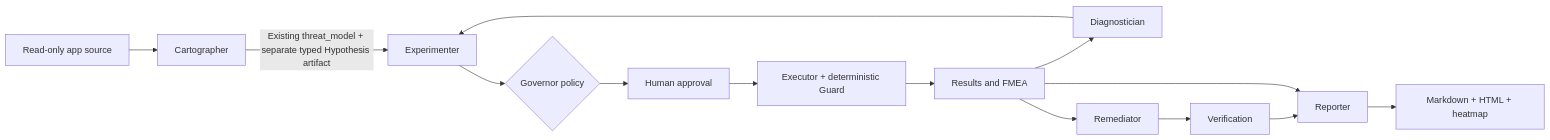
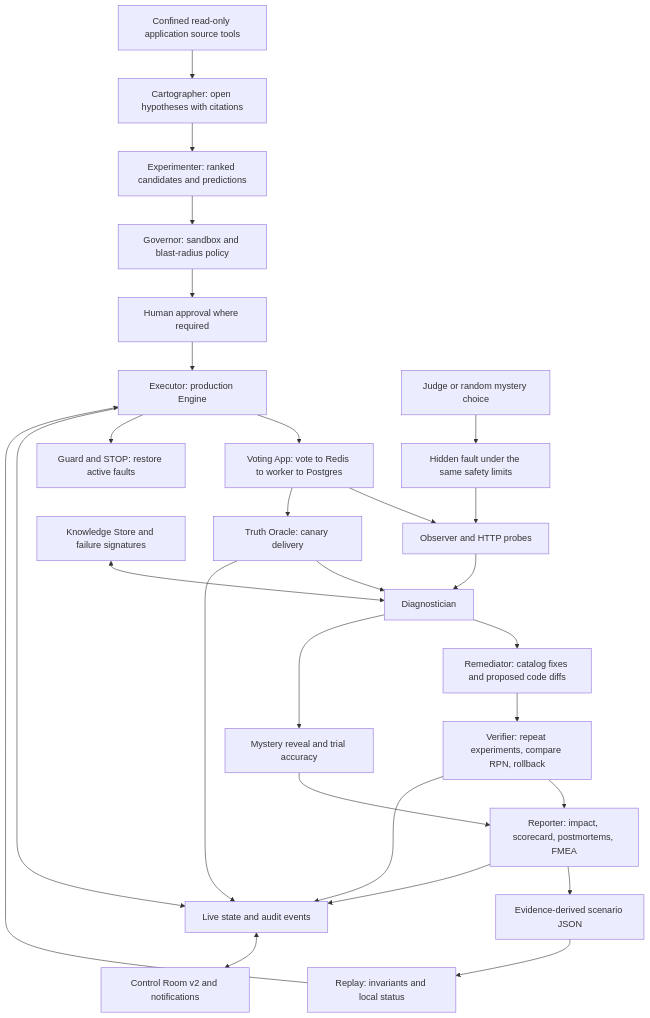
The diagram in docs/ARCHITECTURE.md (arthambansal/bosch_hack), drawn with Mermaid before and after one commit. The commit also changed other lines of this file and 20 other files, not shown here.

````diff
--- a/docs/ARCHITECTURE.md
+++ b/docs/ARCHITECTURE.md
@@ -5,16 +8,30 @@
 ```mermaid
-flowchart LR
-  SRC["Read-only app source"] --> C[Cartographer]
-  C -->|Existing threat_model + separate typed Hypothesis artifact| E[Experimenter]
-  E --> G{Governor policy}
-  G --> H[Human approval]
-  H --> X[Executor + deterministic Guard]
-  X --> R[Results and FMEA]
-  R --> D[Diagnostician]
-  D --> E
-  R --> M[Remediator]
-  M --> V[Verification]
-  V --> P[Reporter]
-  R --> P
-  P --> MD[Markdown + HTML + heatmap]
+flowchart TD
+  SRC[Confined read-only application source tools] --> C[Cartographer: open hypotheses with citations]
+  C --> E[Experimenter: ranked candidates and predictions]
+  E --> G[Governor: sandbox and blast-radius policy]
+  G --> H[Human approval where required]
+  H --> X[Executor: production Engine]
+  X --> APP[Voting App: vote to Redis to worker to Postgres]
+  X --> GUARD[Guard and STOP: restore active faults]
+  APP --> OBS[Observer and HTTP probes]
+  APP --> TRUTH[Truth Oracle: canary delivery]
+  OBS --> D[Diagnostician]
+  TRUTH --> D
+  MEM[Knowledge Store and failure signatures] <--> D
+  D --> M[Remediator: catalog fixes and proposed code diffs]
+  M --> V[Verifier: repeat experiments, compare RPN, rollback]
+  V --> R[Reporter: impact, scorecard, postmortems, FMEA]
+  R --> REG[Evidence-derived scenario JSON]
+  REG --> REPLAY[Replay: invariants and local status]
+  REPLAY --> X
+  J[Judge or random mystery choice] --> MX[Hidden fault under the same safety limits]
+  MX --> OBS
+  D --> REV[Mystery reveal and trial accuracy]
+  REV --> R
+  LIVE[Live state and audit events] <--> UI[Control Room v2 and notifications]
+  X --> LIVE
+  TRUTH --> LIVE
+  V --> LIVE
+  R --> LIVE
 ```
````
